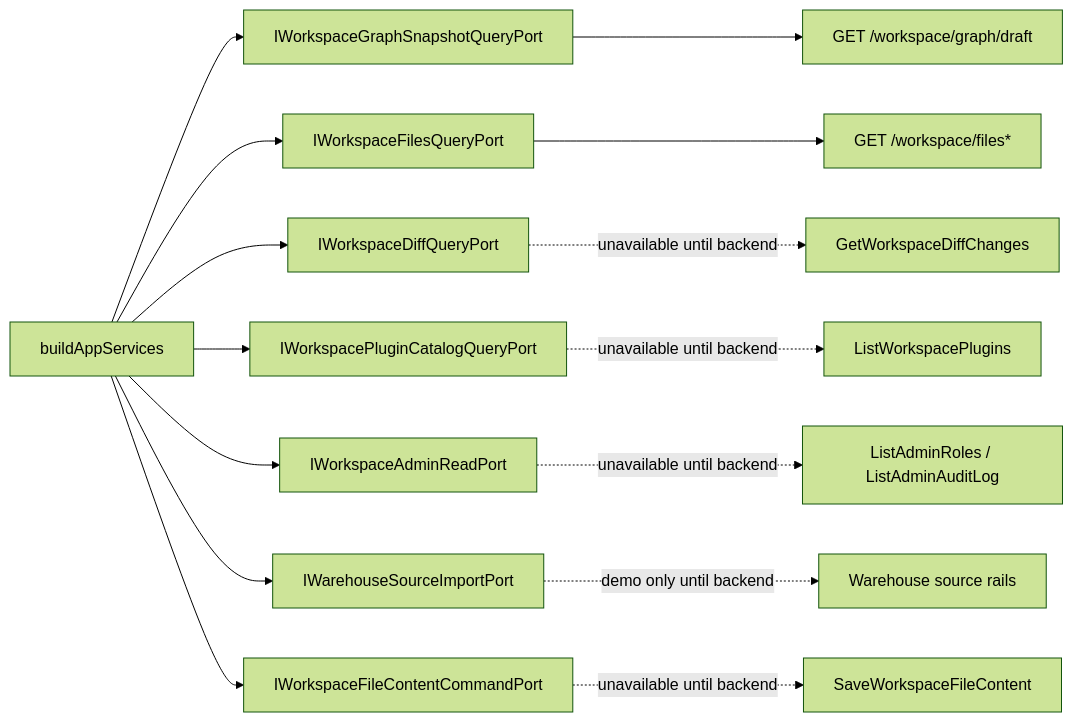
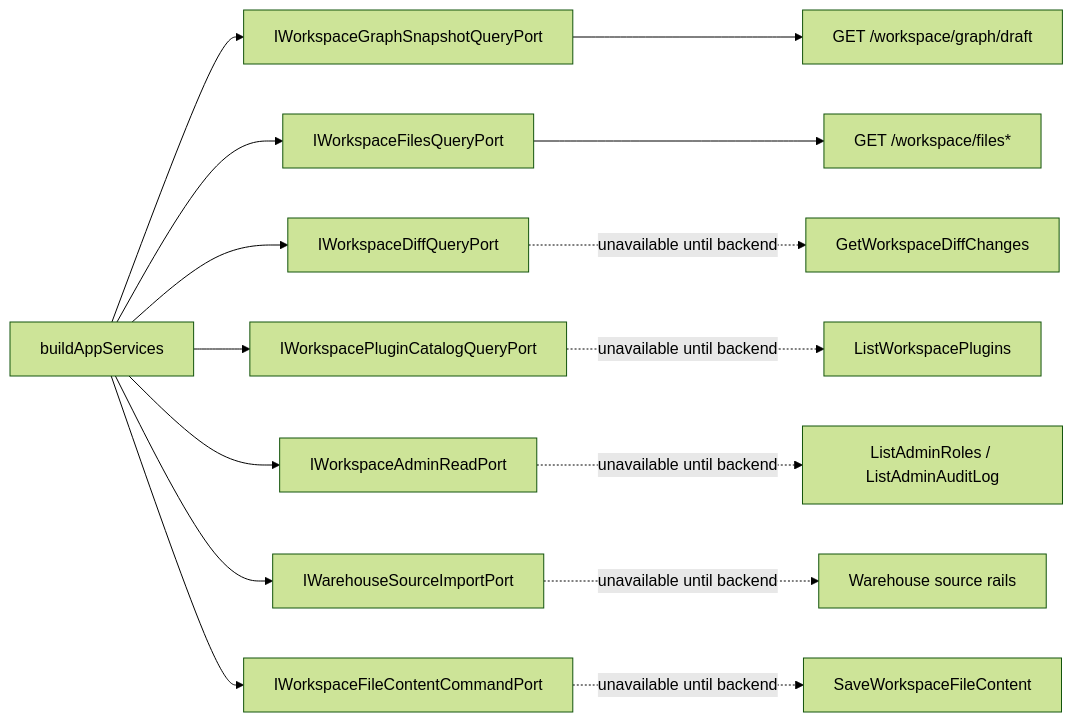
Before and after one commit to dunay2/dvt: the second of 3 diagrams in docs/architecture/components/web/workspace/workspace-port-decomposition-component.md, drawn with Mermaid (forest theme). The commit also changed other lines of this file and 79 other files, not shown here.

````diff
--- a/docs/architecture/components/web/workspace/workspace-port-decomposition-component.md
+++ b/docs/architecture/components/web/workspace/workspace-port-decomposition-component.md
@@ -77,27 +77,27 @@
 ```mermaid
 flowchart LR
   Composition["buildAppServices"]
   Graph["IWorkspaceGraphSnapshotQueryPort"]
   Files["IWorkspaceFilesQueryPort"]
   Diff["IWorkspaceDiffQueryPort"]
   Plugins["IWorkspacePluginCatalogQueryPort"]
   Admin["IWorkspaceAdminReadPort"]
   Import["IWarehouseSourceImportPort"]
   FileWrite["IWorkspaceFileContentCommandPort"]
 
   Composition --> Graph
   Composition --> Files
   Composition --> Diff
   Composition --> Plugins
   Composition --> Admin
   Composition --> Import
   Composition --> FileWrite
 
   Graph --> GraphRoute["GET /workspace/graph/draft"]
   Files --> FileRoutes["GET /workspace/files*"]
   Diff -. unavailable until backend .-> DiffRail["GetWorkspaceDiffChanges"]
   Plugins -. unavailable until backend .-> PluginRail["ListWorkspacePlugins"]
   Admin -. unavailable until backend .-> AdminRails["ListAdminRoles / ListAdminAuditLog"]
-  Import -. demo only until backend .-> ImportRails["Warehouse source rails"]
+  Import -. unavailable until backend .-> ImportRails["Warehouse source rails"]
   FileWrite -. unavailable until backend .-> WriteRail["SaveWorkspaceFileContent"]
 ```
````
